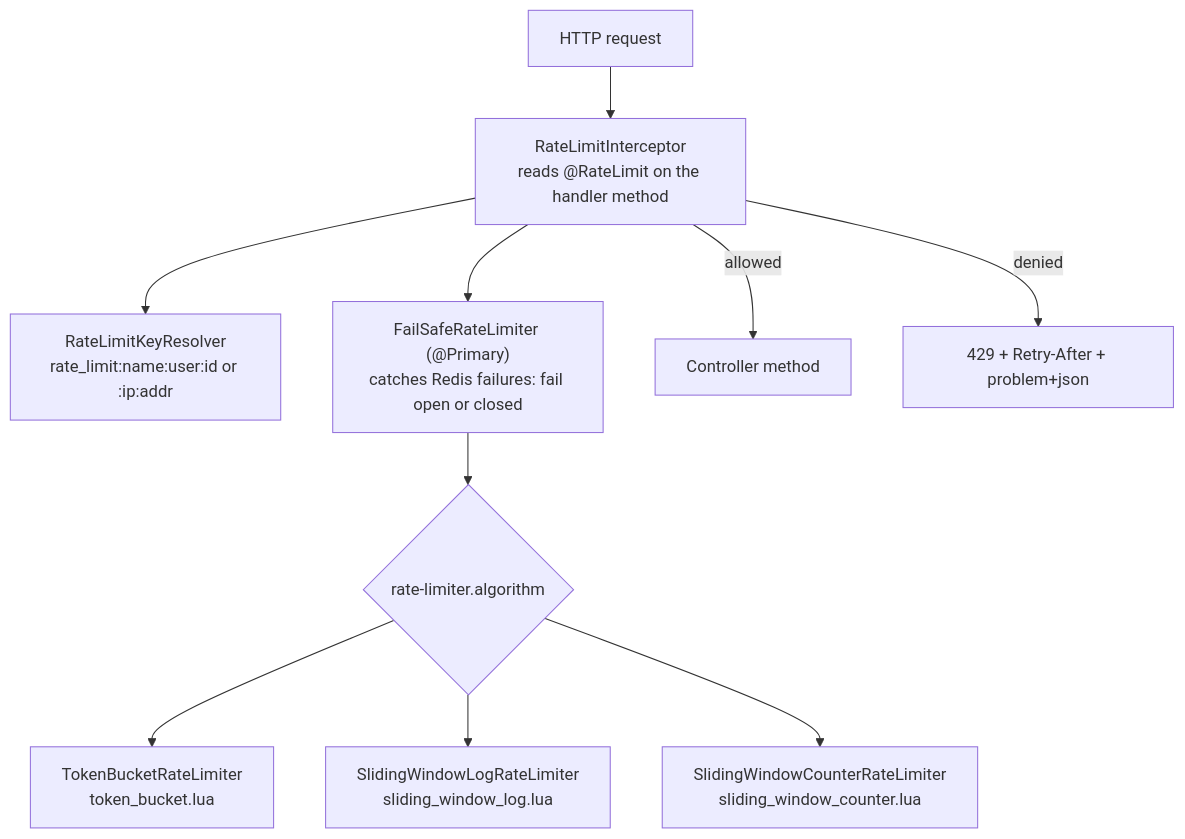
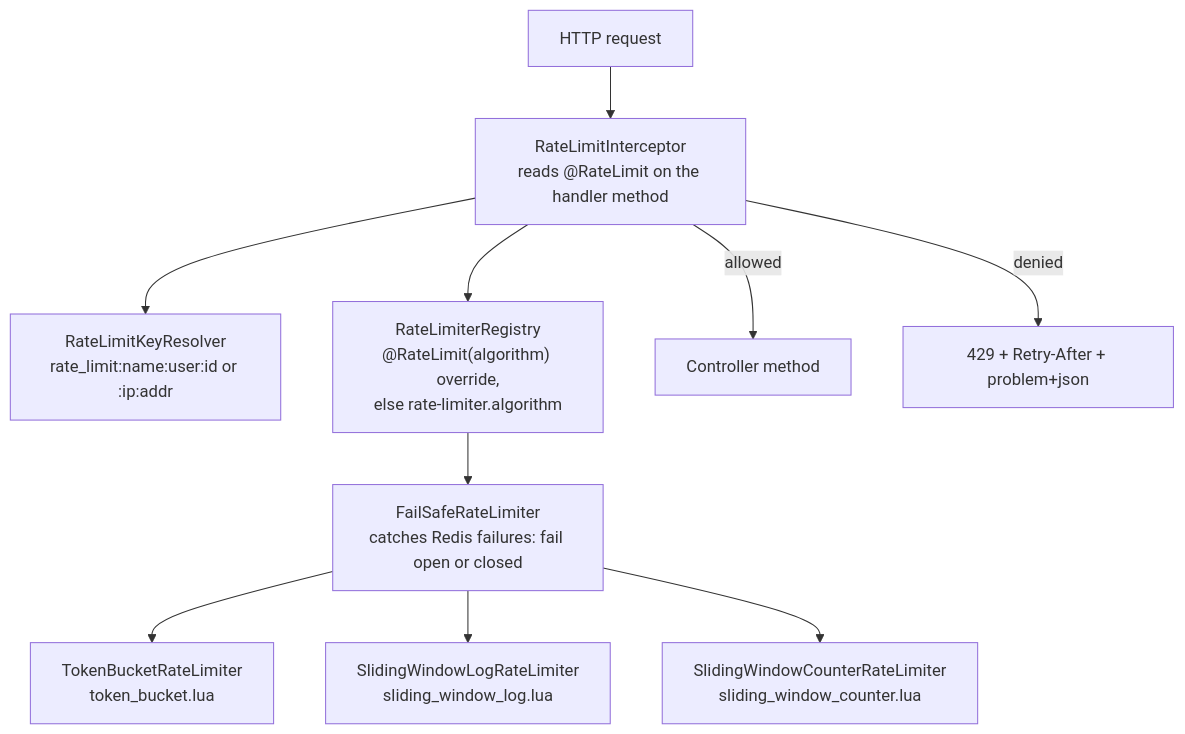
The second of 3 diagrams in README.md (krupahimte/Distributed_Rate_Limiter), drawn with Mermaid before and after one commit. The commit also changed other lines of this file, not shown here.

Commit message:
docs: document the rate limiter playground

````diff
--- a/README.md
+++ b/README.md
@@ -54,12 +59,12 @@
 ```mermaid
 flowchart TD
     REQ["HTTP request"] --> I["RateLimitInterceptor<br/>reads @RateLimit on the handler method"]
     I --> K["RateLimitKeyResolver<br/>rate_limit:name:user:id or :ip:addr"]
-    I --> F["FailSafeRateLimiter (@Primary)<br/>catches Redis failures: fail open or closed"]
-    F --> S{"rate-limiter.algorithm"}
-    S --> TB["TokenBucketRateLimiter<br/>token_bucket.lua"]
-    S --> SWL["SlidingWindowLogRateLimiter<br/>sliding_window_log.lua"]
-    S --> SWC["SlidingWindowCounterRateLimiter<br/>sliding_window_counter.lua"]
+    I --> S["RateLimiterRegistry<br/>@RateLimit(algorithm) override,<br/>else rate-limiter.algorithm"]
+    S --> F["FailSafeRateLimiter<br/>catches Redis failures: fail open or closed"]
+    F --> TB["TokenBucketRateLimiter<br/>token_bucket.lua"]
+    F --> SWL["SlidingWindowLogRateLimiter<br/>sliding_window_log.lua"]
+    F --> SWC["SlidingWindowCounterRateLimiter<br/>sliding_window_counter.lua"]
     I -- "allowed" --> CTRL["Controller method"]
     I -- "denied" --> E["429 + Retry-After + problem+json"]
 ```
````
